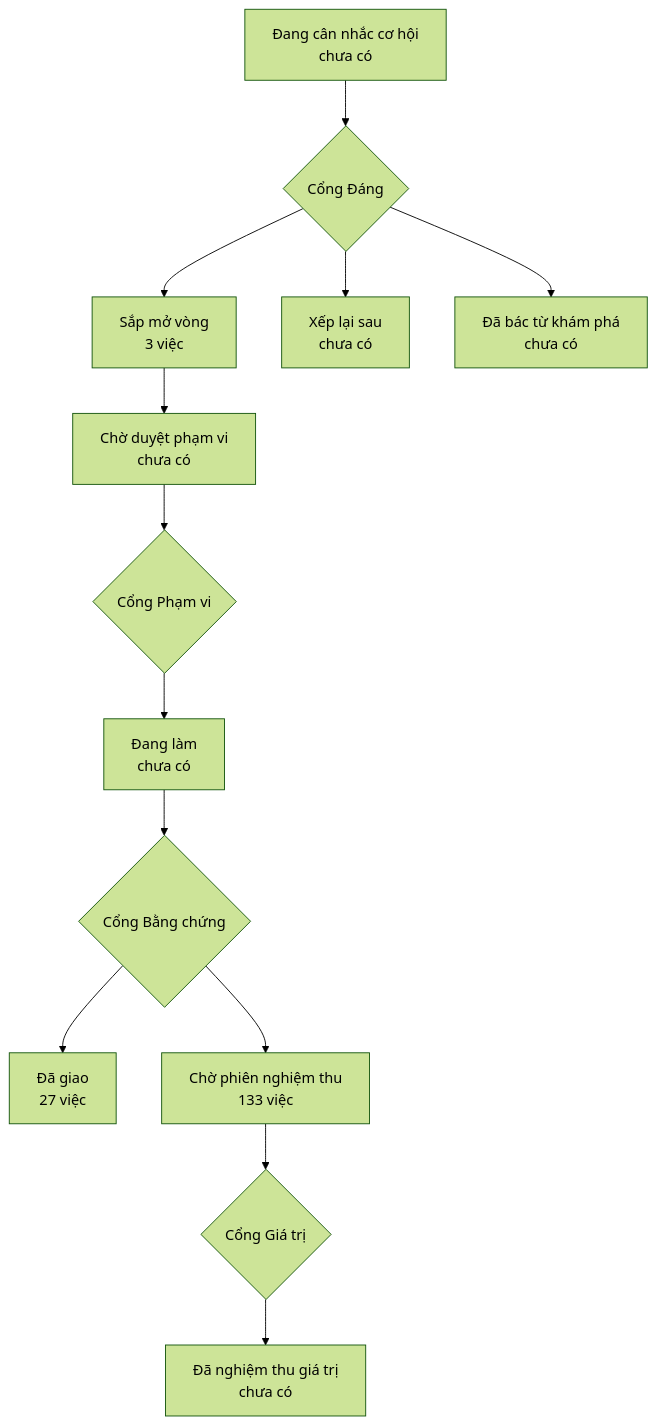
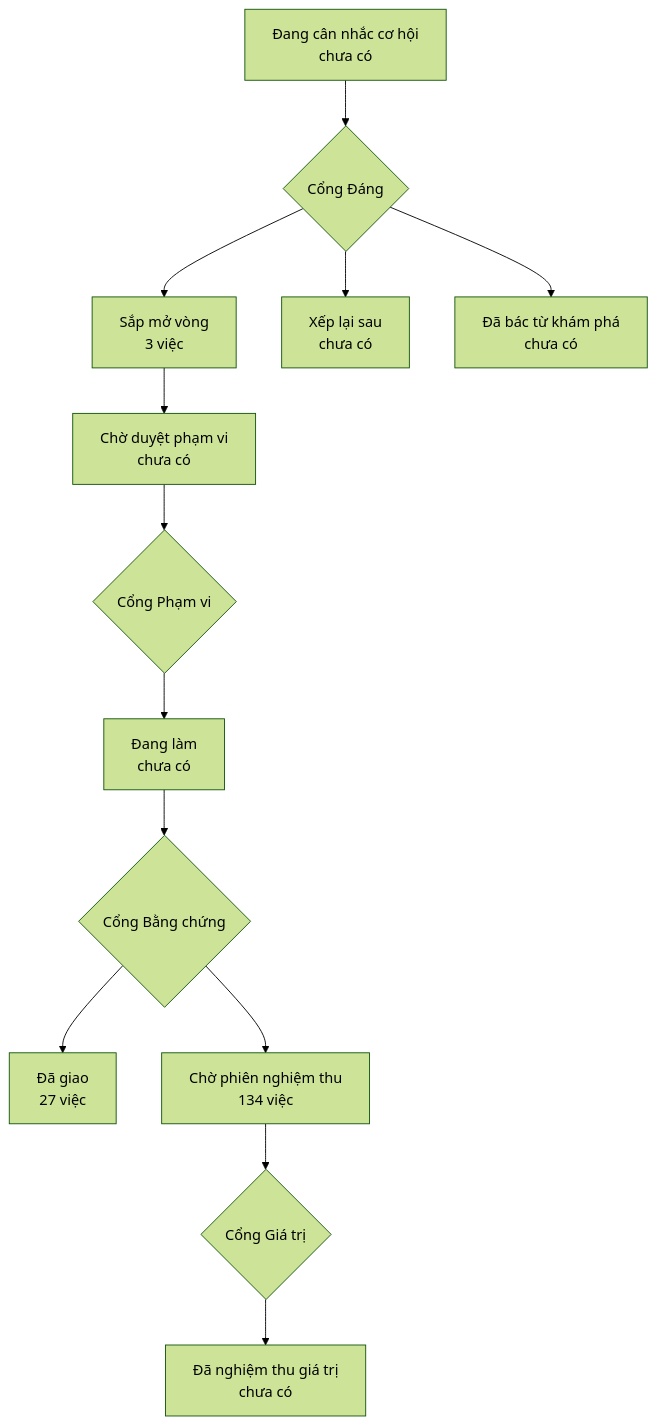
Before and after one commit to phanlemanh/onehub-quy-hang: the diagram in PRODUCT-MAP.md, drawn with Mermaid (forest theme). The commit also changed other lines of this file and 1 other file, not shown here.

Commit message:
chore(va-bai-o-la-do-ngau-nhien): vẽ lại bản đồ sau gộp main

````diff
--- a/PRODUCT-MAP.md
+++ b/PRODUCT-MAP.md
@@ -7,12 +7,12 @@
 ```mermaid
 flowchart TD
   A["Đang cân nhắc cơ hội<br/>chưa có"] --> GD{"Cổng Đáng"}
   GD --> B["Sắp mở vòng<br/>3 việc"]
   GD --> XL["Xếp lại sau<br/>chưa có"]
   GD --> DB["Đã bác từ khám phá<br/>chưa có"]
   B --> CD["Chờ duyệt phạm vi<br/>chưa có"] --> GP{"Cổng Phạm vi"}
   GP --> DL["Đang làm<br/>chưa có"] --> GB{"Cổng Bằng chứng"}
   GB --> DG["Đã giao<br/>27 việc"]
-  GB --> CN["Chờ phiên nghiệm thu<br/>133 việc"] --> GG{"Cổng Giá trị"}
+  GB --> CN["Chờ phiên nghiệm thu<br/>134 việc"] --> GG{"Cổng Giá trị"}
   GG --> NT["Đã nghiệm thu giá trị<br/>chưa có"]
 ```
````
